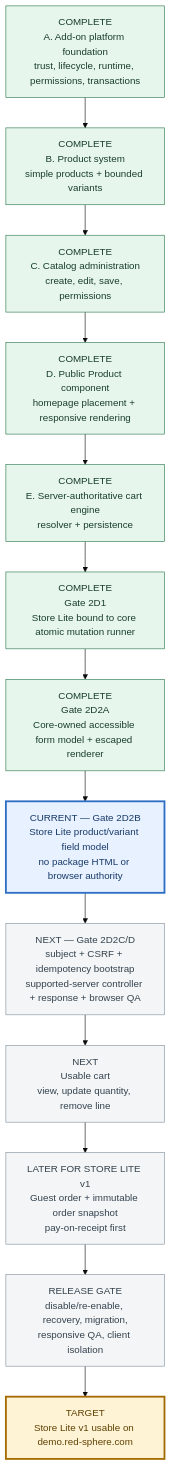
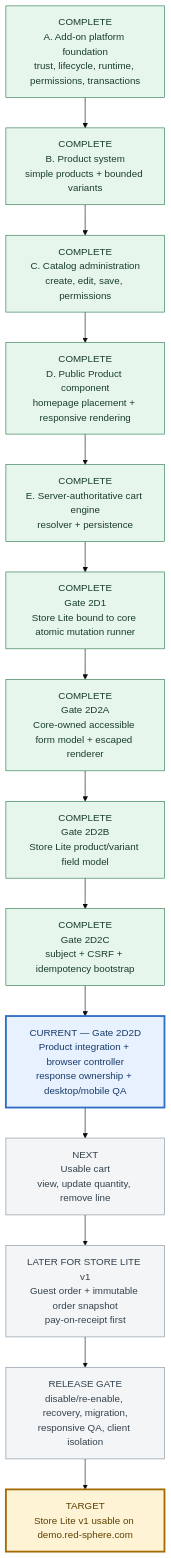
The second of 2 diagrams in docs/ADD-ON-PLATFORM-STATUS.md (orojas01-glitch/redcms), drawn with Mermaid (base theme) before and after one commit. The commit also changed other lines of this file and 9 other files, not shown here.

````diff
--- a/docs/ADD-ON-PLATFORM-STATUS.md
+++ b/docs/ADD-ON-PLATFORM-STATUS.md
@@ -30,27 +30,28 @@
 ```mermaid
 flowchart TD
     A["COMPLETE<br/>A. Add-on platform foundation<br/>trust, lifecycle, runtime, permissions, transactions"]
     B["COMPLETE<br/>B. Product system<br/>simple products + bounded variants"]
     C["COMPLETE<br/>C. Catalog administration<br/>create, edit, save, permissions"]
     D["COMPLETE<br/>D. Public Product component<br/>homepage placement + responsive rendering"]
     E["COMPLETE<br/>E. Server-authoritative cart engine<br/>resolver + persistence"]
     F["COMPLETE<br/>Gate 2D1<br/>Store Lite bound to core atomic mutation runner"]
     G1["COMPLETE<br/>Gate 2D2A<br/>Core-owned accessible form model + escaped renderer"]
-    G2["CURRENT — Gate 2D2B<br/>Store Lite product/variant field model<br/>no package HTML or browser authority"]
-    G3["NEXT — Gate 2D2C/D<br/>subject + CSRF + idempotency bootstrap<br/>supported-server controller + response + browser QA"]
+    G2["COMPLETE<br/>Gate 2D2B<br/>Store Lite product/variant field model"]
+    G3["COMPLETE<br/>Gate 2D2C<br/>subject + CSRF + idempotency bootstrap"]
+    G4["CURRENT — Gate 2D2D<br/>Product integration + browser controller<br/>response ownership + desktop/mobile QA"]
     H["NEXT<br/>Usable cart<br/>view, update quantity, remove line"]
     I["LATER FOR STORE LITE v1<br/>Guest order + immutable order snapshot<br/>pay-on-receipt first"]
     J["RELEASE GATE<br/>disable/re-enable, recovery, migration,<br/>responsive QA, client isolation"]
     K["TARGET<br/>Store Lite v1 usable on demo.red-sphere.com"]
 
-    A --> B --> C --> D --> E --> F --> G1 --> G2 --> G3 --> H --> I --> J --> K
+    A --> B --> C --> D --> E --> F --> G1 --> G2 --> G3 --> G4 --> H --> I --> J --> K
 
     classDef complete fill:#e7f6ed,stroke:#27764a,color:#183d2a;
     classDef current fill:#e8f1ff,stroke:#2f6fc3,color:#173a68,stroke-width:3px;
     classDef remaining fill:#f3f5f7,stroke:#82909c,color:#34424d;
     classDef target fill:#fff3d6,stroke:#a36b00,color:#5e4100,stroke-width:3px;
-    class A,B,C,D,E,F,G1 complete;
-    class G2 current;
-    class G3,H,I,J remaining;
+    class A,B,C,D,E,F,G1,G2,G3 complete;
+    class G4 current;
+    class H,I,J remaining;
     class K target;
 ```
````
